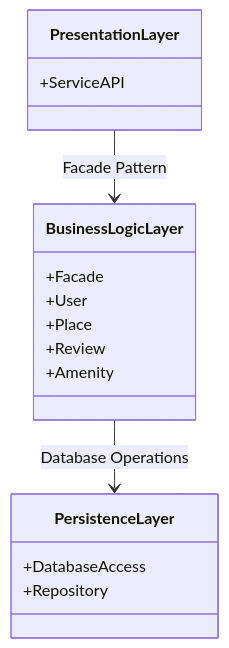
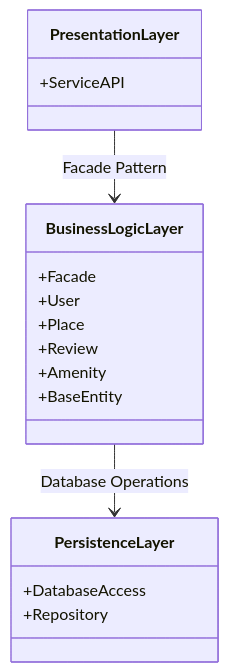
Before and after one commit to Fai-Web-Lab/holbertonschool-hbnb: the diagram in part1/High-Level_Package_Diagram.md, drawn with Mermaid. The commit also changed other lines of this file, not shown here.

Commit message:
add BaseEntity

````diff
--- a/part1/High-Level_Package_Diagram.md
+++ b/part1/High-Level_Package_Diagram.md
@@ -38,20 +38,21 @@
 ```mermaid
 classDiagram
 class PresentationLayer {
     +ServiceAPI
 }
 class BusinessLogicLayer {
     +Facade
     +User
     +Place
     +Review
     +Amenity
+    +BaseEntity
 }
 class PersistenceLayer {
     +DatabaseAccess
     +Repository
 }
 
 PresentationLayer --> BusinessLogicLayer : Facade Pattern
 BusinessLogicLayer --> PersistenceLayer : Database Operations
 ```
````
